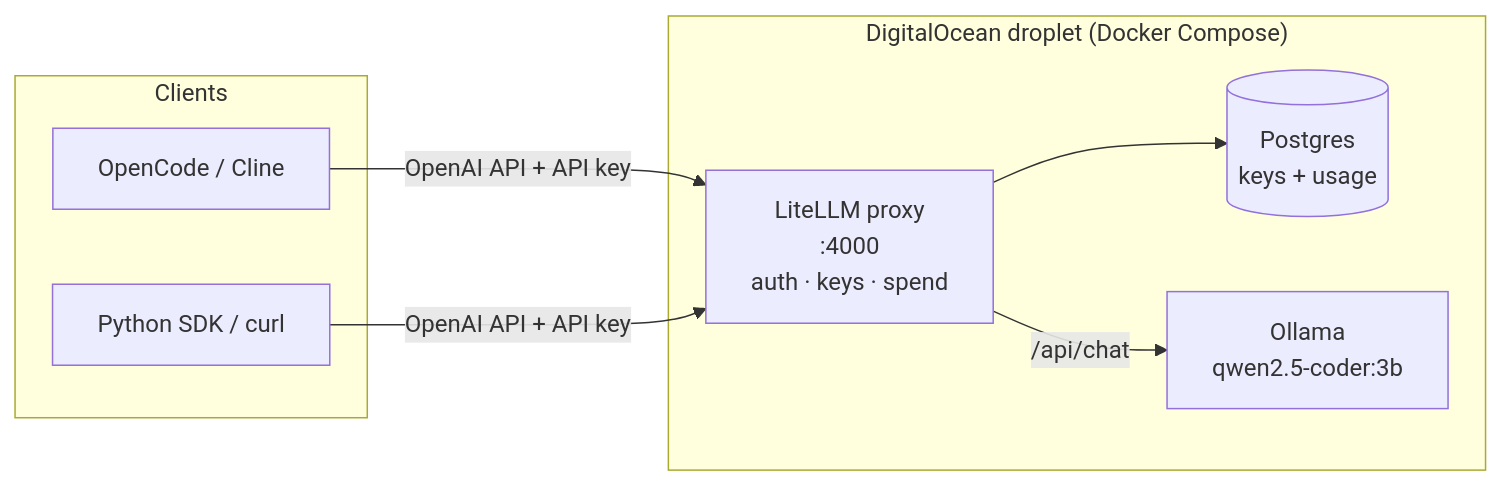
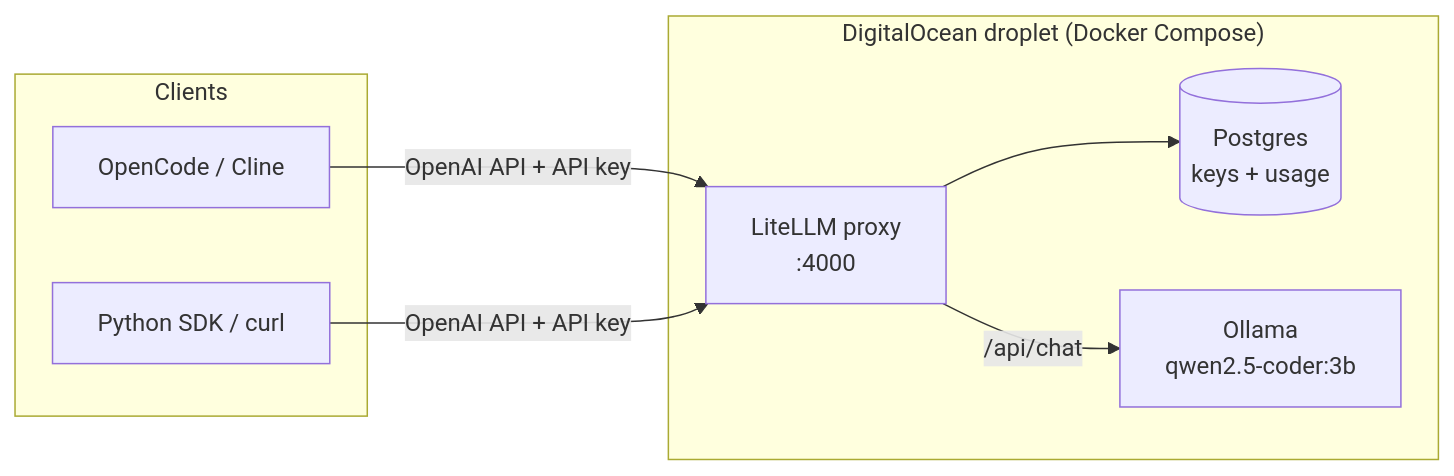
One commit to acatejr/ollama-litellm-coder changed the diagram in README.md. Above: the diagram before and after it, drawn with Mermaid. The commit also changed other lines of this file and 1 other file, not shown here.

````diff
--- a/README.md
+++ b/README.md
@@ -20,18 +20,18 @@
 ```mermaid
 flowchart LR
     subgraph clients["Clients"]
         A["OpenCode / Cline"]
         B["Python SDK / curl"]
     end
 
     subgraph droplet["DigitalOcean droplet (Docker Compose)"]
-        L["LiteLLM proxy<br/>:4000<br/>auth · keys · spend"]
+        L["LiteLLM proxy<br/>:4000"]
         P[("Postgres<br/>keys + usage")]
         O["Ollama<br/>qwen2.5-coder:3b"]
     end
 
     A -- "OpenAI API + API key" --> L
     B -- "OpenAI API + API key" --> L
     L --> P
     L -- "/api/chat" --> O
 ```
````
